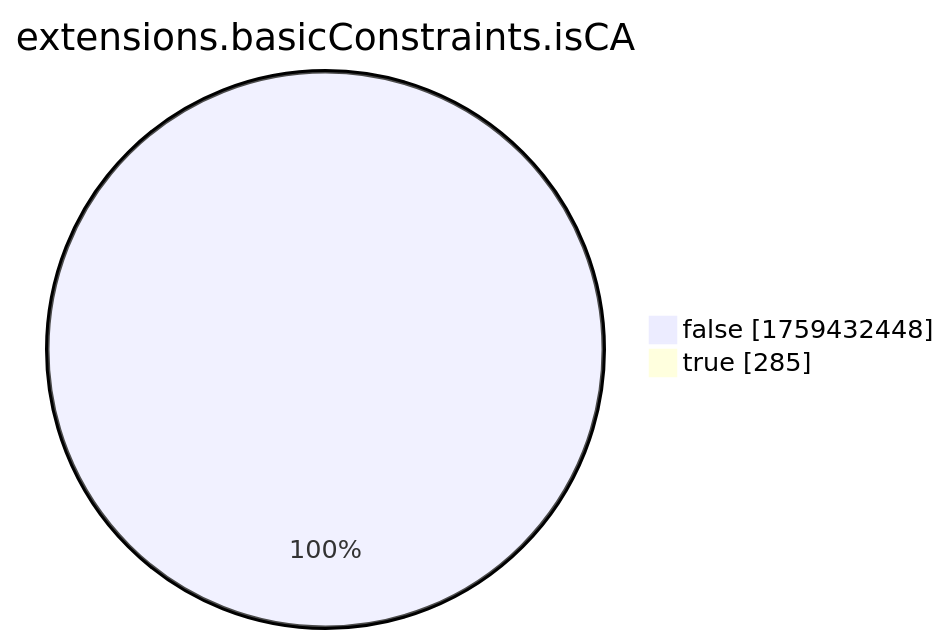
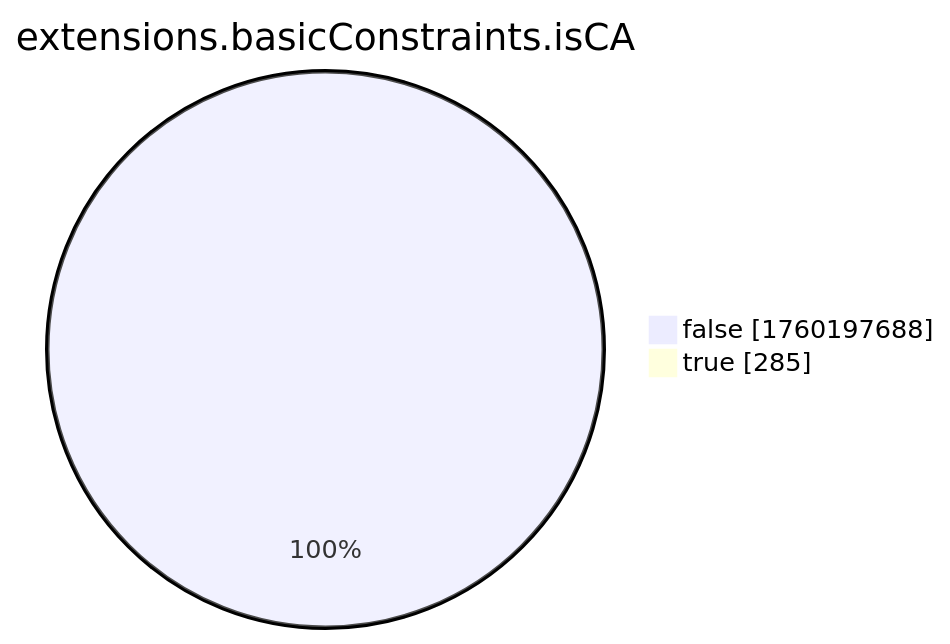
The eighth of 15 diagrams in xenon2022/README.md (christiankrug/ctmonitor_visualization), drawn with Mermaid before and after one commit. The commit also changed other lines of this file, not shown here.

````diff
--- a/xenon2022/README.md
+++ b/xenon2022/README.md
@@ -2868,6 +2868,6 @@
 ```mermaid
 pie showData
 title extensions.basicConstraints.isCA
-"false" :1759432448
+"false" :1760197688
 "true" :285
 ```
````
